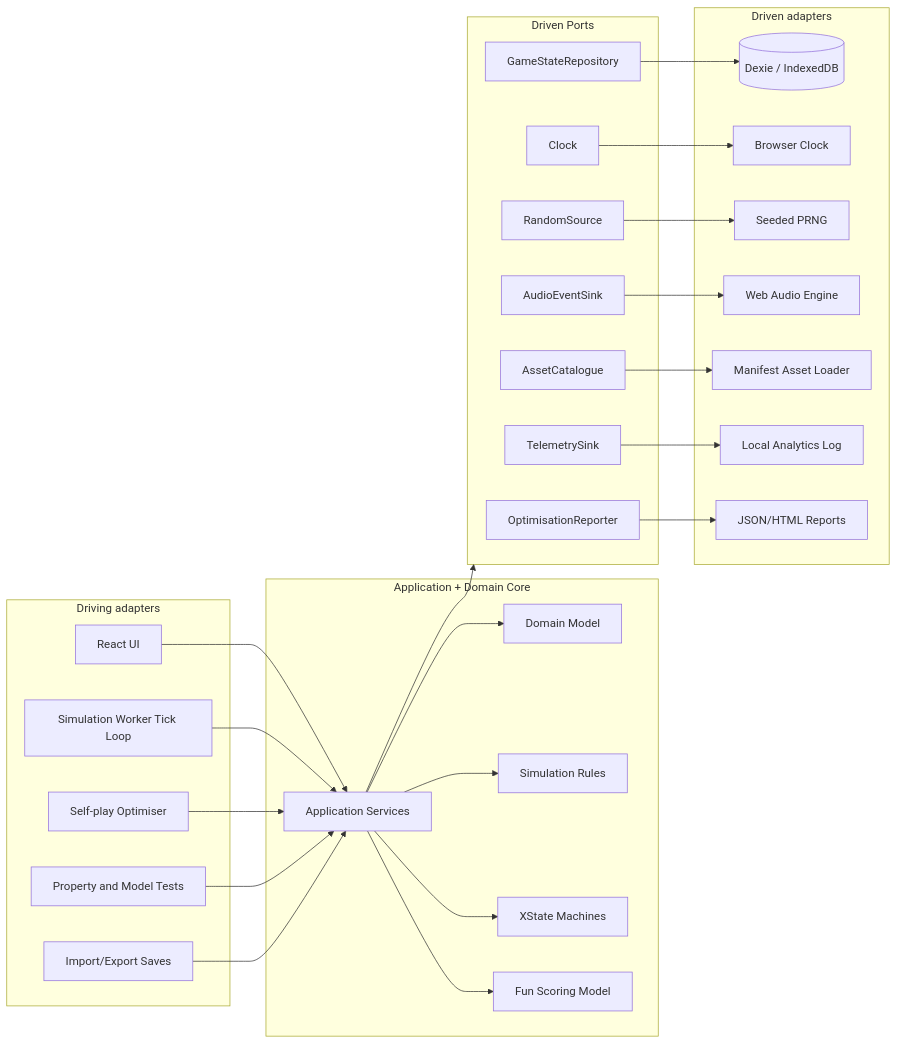
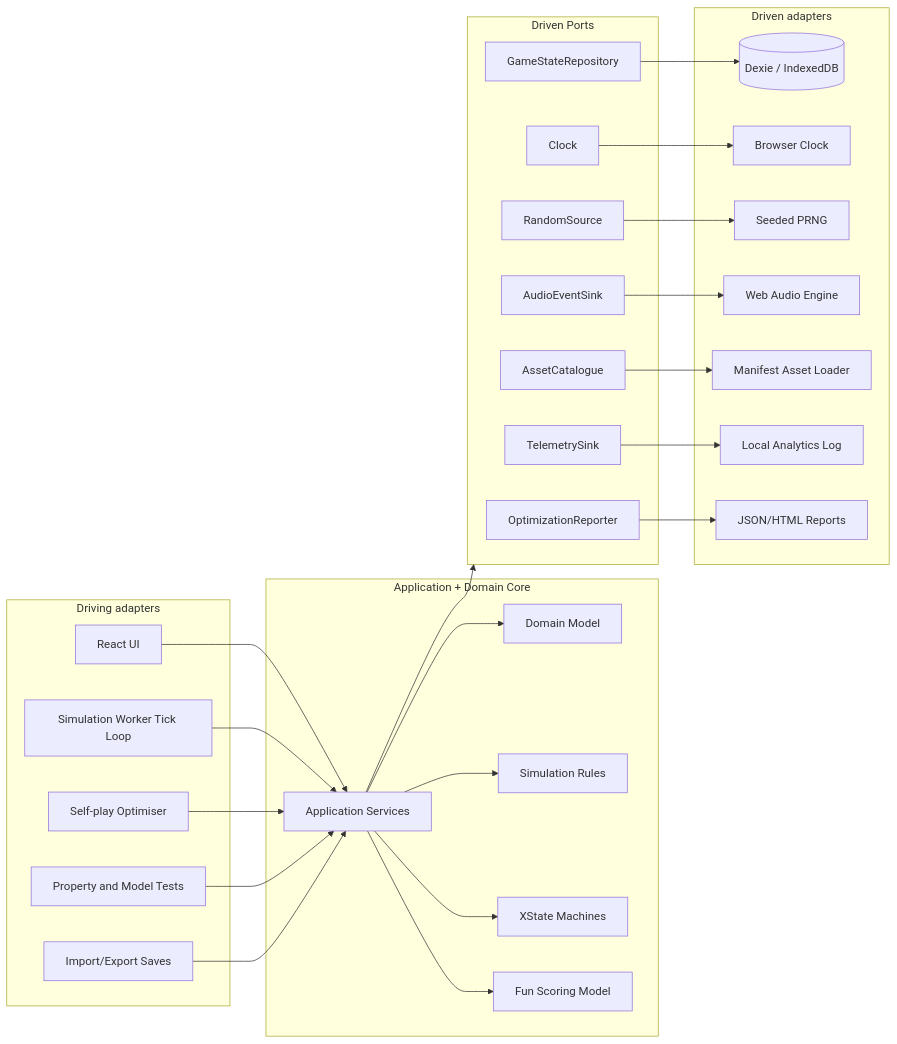
One commit to leynos/vibe-coder changed the first of 3 diagrams in docs/vibe-coder-high-level-design.md. Above: the diagram before and after it, drawn with Mermaid. The commit also changed other lines of this file and 12 other files, not shown here.

````diff
--- a/docs/vibe-coder-high-level-design.md
+++ b/docs/vibe-coder-high-level-design.md
@@ -124,58 +124,58 @@
 ```mermaid
 flowchart LR
   subgraph Inbound[Driving adapters]
     ReactUI[React UI]
     TickWorker[Simulation Worker Tick Loop]
     SelfPlay[Self-play Optimiser]
     Tests[Property and Model Tests]
     ImportExport[Import/Export Saves]
   end
 
   subgraph Core[Application + Domain Core]
     AppServices[Application Services]
     Domain[Domain Model]
     Rules[Simulation Rules]
     XGraphs[XState Machines]
     Fun[Fun Scoring Model]
   end
 
   subgraph Ports[Driven Ports]
     SavePort[GameStateRepository]
     ClockPort[Clock]
     RngPort[RandomSource]
     AudioPort[AudioEventSink]
     AssetPort[AssetCatalogue]
     TelemetryPort[TelemetrySink]
-    OptimPort[OptimisationReporter]
+    OptimPort[OptimizationReporter]
   end
 
   subgraph Adapters[Driven adapters]
     Dexie[(Dexie / IndexedDB)]
     BrowserClock[Browser Clock]
     SeededRng[Seeded PRNG]
     WebAudio[Web Audio Engine]
     ManifestAssets[Manifest Asset Loader]
     LocalTelemetry[Local Analytics Log]
     Reports[JSON/HTML Reports]
   end
 
   ReactUI --> AppServices
   TickWorker --> AppServices
   SelfPlay --> AppServices
   Tests --> AppServices
   ImportExport --> AppServices
 
   AppServices --> Domain
   AppServices --> Rules
   AppServices --> XGraphs
   AppServices --> Fun
   AppServices --> Ports
 
   SavePort --> Dexie
   ClockPort --> BrowserClock
   RngPort --> SeededRng
   AudioPort --> WebAudio
   AssetPort --> ManifestAssets
   TelemetryPort --> LocalTelemetry
   OptimPort --> Reports
 ```
````
